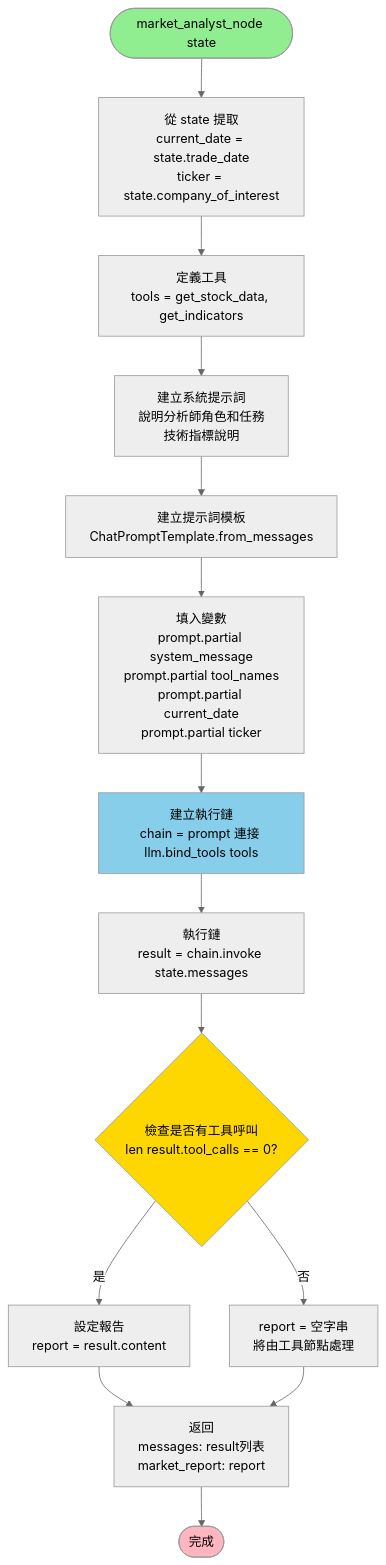
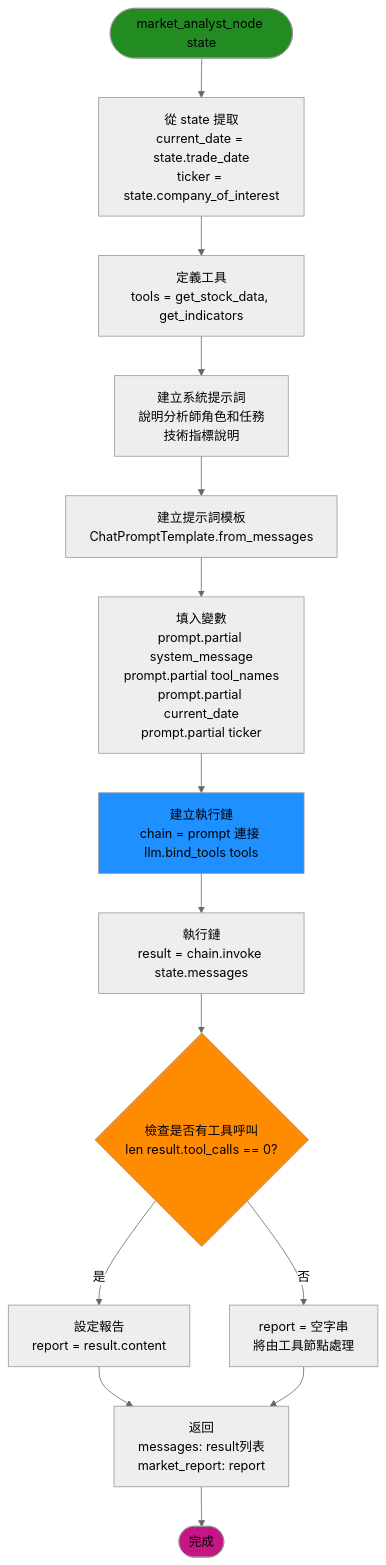
Before and after one commit to chitienshih-wq/Git_Test: the eighth of 19 diagrams in 流程圖.md, drawn with Mermaid (neutral theme). The commit also changed other lines of this file, not shown here.

````diff
--- a/流程圖.md
+++ b/流程圖.md
@@ -244,31 +244,31 @@
 ```mermaid
 flowchart TD
     Start([market_analyst_node state]) --> ExtractState[從 state 提取<br/>current_date = state.trade_date<br/>ticker = state.company_of_interest]
     
     ExtractState --> DefineTools[定義工具<br/>tools = get_stock_data, get_indicators]
     
     DefineTools --> CreateSystemMessage[建立系統提示詞<br/>說明分析師角色和任務<br/>技術指標說明]
     
     CreateSystemMessage --> CreatePrompt[建立提示詞模板<br/>ChatPromptTemplate.from_messages]
     
     CreatePrompt --> PartialPrompt[填入變數<br/>prompt.partial system_message<br/>prompt.partial tool_names<br/>prompt.partial current_date<br/>prompt.partial ticker]
     
     PartialPrompt --> CreateChain[建立執行鏈<br/>chain = prompt 連接 llm.bind_tools tools]
     
     CreateChain --> InvokeChain[執行鏈<br/>result = chain.invoke state.messages]
     
     InvokeChain --> CheckToolCalls{檢查是否有工具呼叫<br/>len result.tool_calls == 0?}
     
     CheckToolCalls -->|是| SetReport[設定報告<br/>report = result.content]
     CheckToolCalls -->|否| EmptyReport[report = 空字串<br/>將由工具節點處理]
     
     SetReport --> Return
     EmptyReport --> Return
     
     Return[返回<br/>messages: result列表<br/>market_report: report] --> End([完成])
     
-    style Start fill:#90EE90
-    style End fill:#FFB6C1
-    style CheckToolCalls fill:#FFD700
-    style CreateChain fill:#87CEEB
+    style Start fill:#228B22
+    style End fill:#C71585
+    style CheckToolCalls fill:#FF8C00
+    style CreateChain fill:#1E90FF
 ```
````
